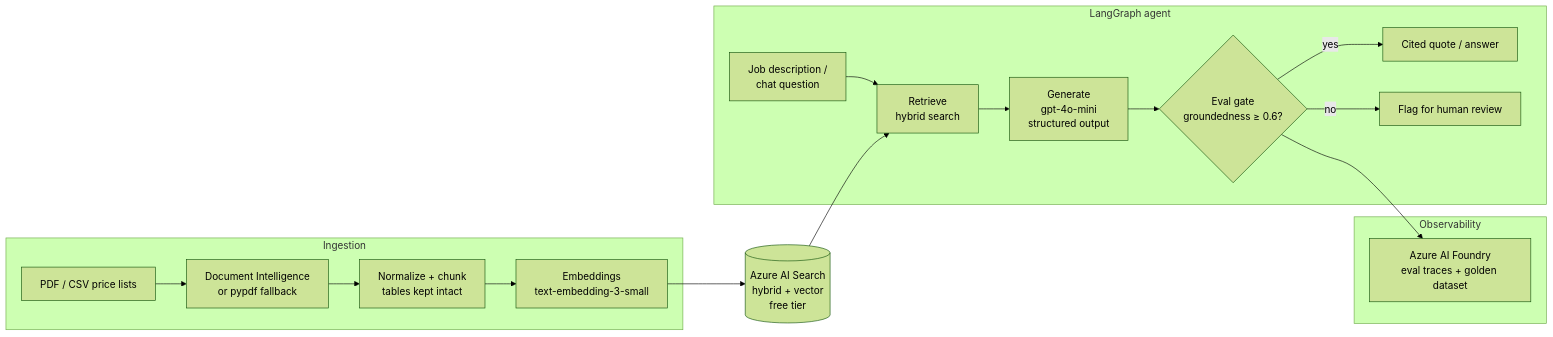
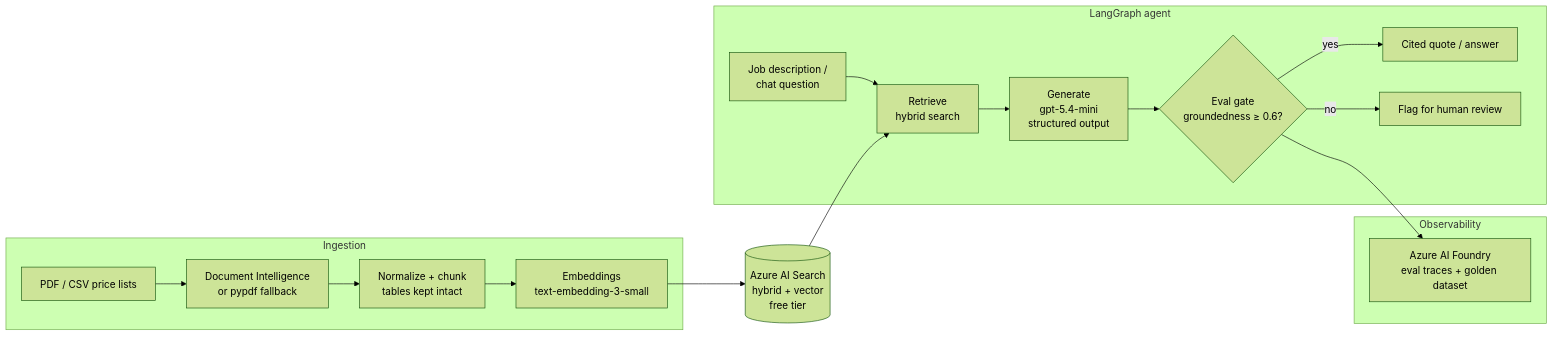
Before and after one commit to ppadhiyar/quotekit: the diagram in README.md, drawn with Mermaid (forest theme). The commit also changed other lines of this file and 5 other files, not shown here.

Commit message:
Switch chat model to gpt-5.4-mini (gpt-4o-mini blocked for new deployments)

````diff
--- a/README.md
+++ b/README.md
@@ -14,24 +14,24 @@
 ```mermaid
 flowchart LR
     subgraph Ingestion
         A[PDF / CSV price lists] --> B[Document Intelligence<br/>or pypdf fallback]
         B --> C[Normalize + chunk<br/>tables kept intact]
         C --> D[Embeddings<br/>text-embedding-3-small]
     end
 
     D --> E[(Azure AI Search<br/>hybrid + vector<br/>free tier)]
 
     subgraph Query["LangGraph agent"]
         F[Job description /<br/>chat question] --> G[Retrieve<br/>hybrid search]
-        G --> H[Generate<br/>gpt-4o-mini<br/>structured output]
+        G --> H[Generate<br/>gpt-5.4-mini<br/>structured output]
         H --> I{Eval gate<br/>groundedness ≥ 0.6?}
         I -- yes --> J[Cited quote / answer]
         I -- no --> K[Flag for human review]
     end
 
     E --> G
 
     subgraph Observability
         I --> L[Azure AI Foundry<br/>eval traces + golden dataset]
     end
 ```
````
